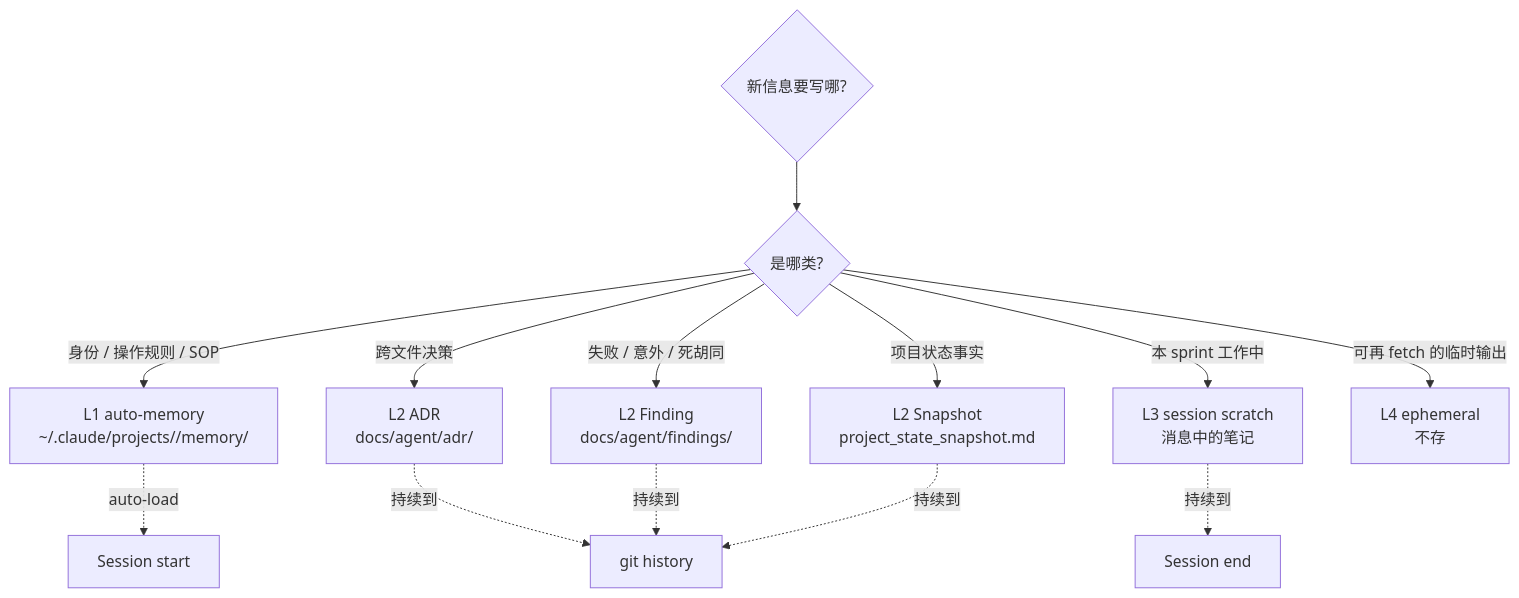
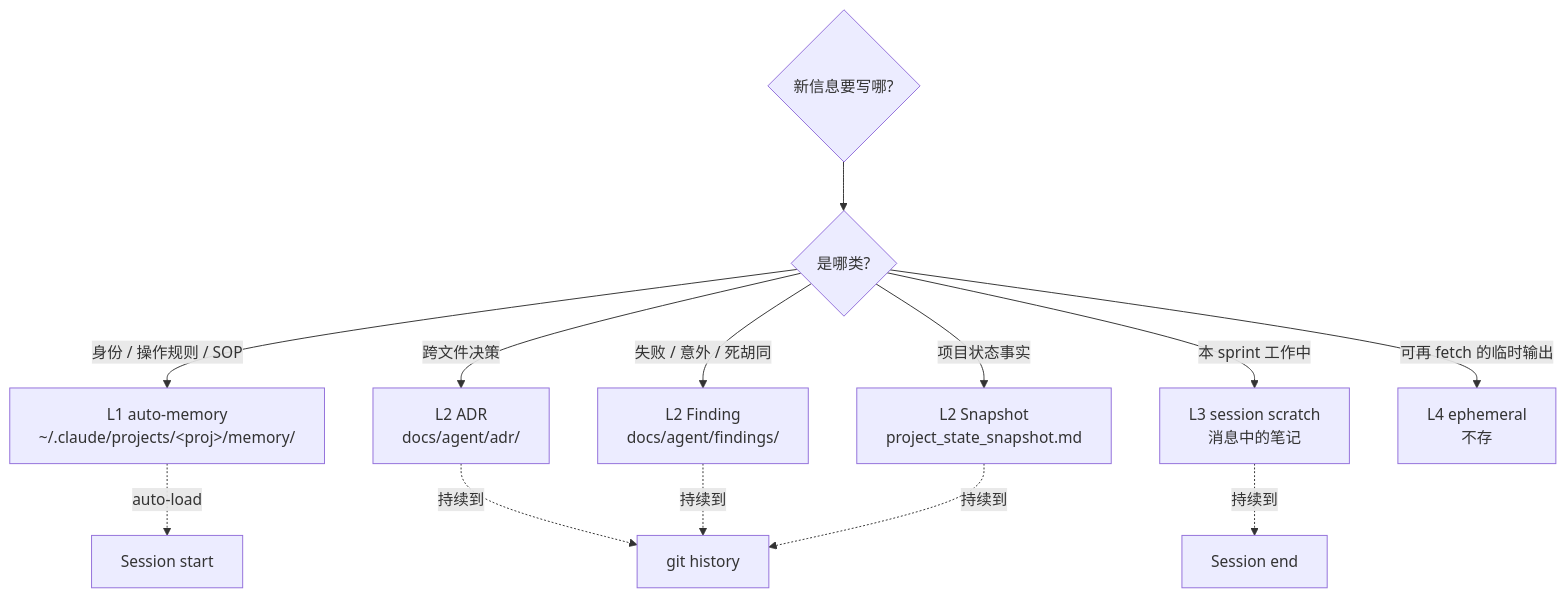
One commit to Cobrust-lang/agent-driven-development changed the eighth of 10 diagrams in docs/human/zh/concept-map.md. Above: the diagram before and after it, drawn with Mermaid. The commit also changed other lines of this file and 7 other files, not shown here.

````diff
--- a/docs/human/zh/concept-map.md
+++ b/docs/human/zh/concept-map.md
@@ -83,16 +285,16 @@
 ```mermaid
 flowchart TB
     NewInfo{新信息要写哪?} --> Type{是哪类?}
-    Type -->|身份 / 操作规则 / SOP| L1[L1 auto-memory<br/>~/.claude/projects/<proj>/memory/]
+    Type -->|身份 / 操作规则 / SOP| L1[L1 auto-memory<br/>~/.claude/projects/&lt;proj&gt;/memory/]
     Type -->|跨文件决策| L2A[L2 ADR<br/>docs/agent/adr/]
     Type -->|失败 / 意外 / 死胡同| L2B[L2 Finding<br/>docs/agent/findings/]
     Type -->|项目状态事实| L2C[L2 Snapshot<br/>project_state_snapshot.md]
     Type -->|本 sprint 工作中| L3[L3 session scratch<br/>消息中的笔记]
     Type -->|可再 fetch 的临时输出| L4[L4 ephemeral<br/>不存]
 
     L1 -.auto-load.-> Session[Session start]
     L2A -.持续到.-> Repo[git history]
     L2B -.持续到.-> Repo
     L2C -.持续到.-> Repo
     L3 -.持续到.-> SessionEnd[Session end]
 ```
````
